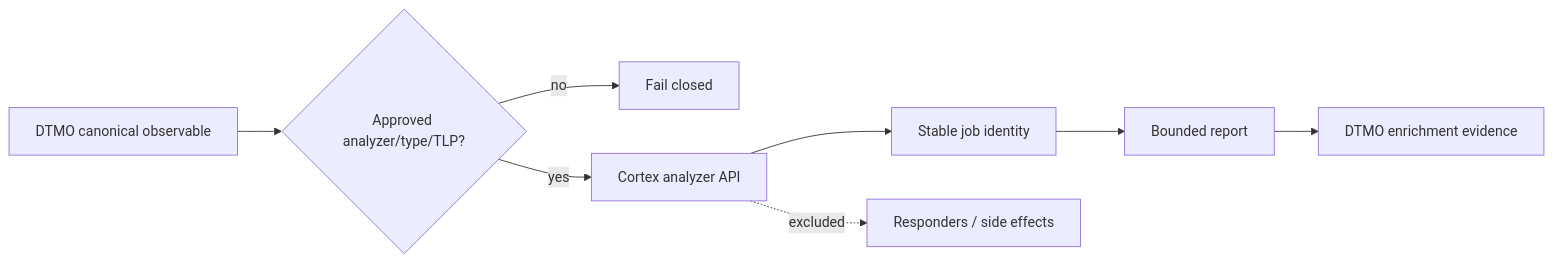
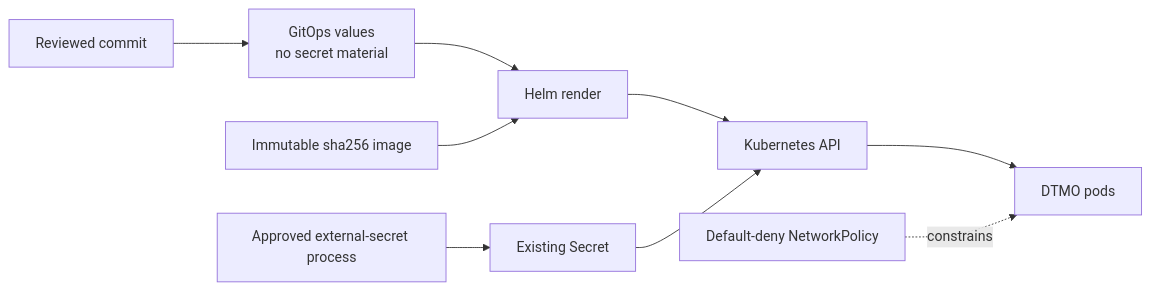
Before and after one commit to GJvManen/dtmo: the second of 2 diagrams in docs/roadmap/PLATFORM_INDUSTRIALISATION_ROADMAP.md, drawn with Mermaid. The commit also changed other lines of this file, not shown here.

Commit message:
phase11.8: activate runtime industrialisation roadmap

````diff
--- a/docs/roadmap/PLATFORM_INDUSTRIALISATION_ROADMAP.md
+++ b/docs/roadmap/PLATFORM_INDUSTRIALISATION_ROADMAP.md
@@ -91,10 +94,11 @@
 ```mermaid
 flowchart LR
-    D[DTMO canonical observable] --> G{Approved analyzer/type/TLP?}
-    G -->|no| X[Fail closed]
-    G -->|yes| C[Cortex analyzer API]
-    C --> J[Stable job identity]
-    J --> R[Bounded report]
-    R --> E[DTMO enrichment evidence]
-    C -. excluded .-> Z[Responders / side effects]
+    C[Reviewed commit] --> V[GitOps values\nno secret material]
+    V --> H[Helm render]
+    I[Immutable sha256 image] --> H
+    H --> K[Kubernetes API]
+    S[Approved external-secret process] --> X[Existing Secret]
+    X --> K
+    K --> P[DTMO pods]
+    N[Default-deny NetworkPolicy] -. constrains .-> P
 ```
````
